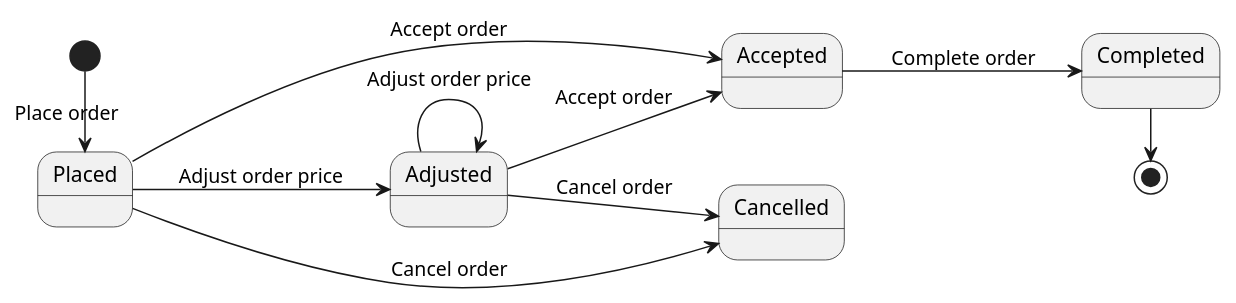
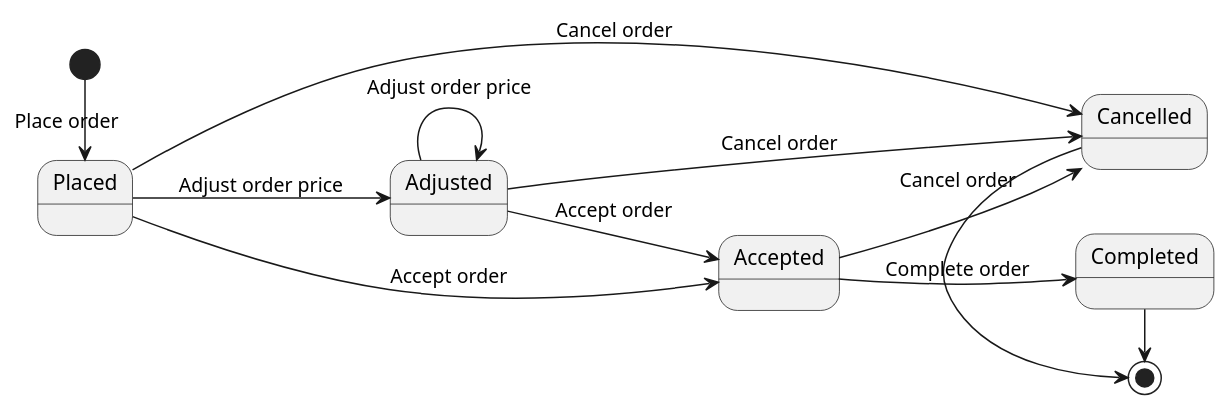
One commit to tonminhce/postgresql-event-sourcing changed the diagram in img/plantuml/domain-2.puml. Above: the diagram before and after it, drawn with PlantUML. The commit also changed 10 other files, not shown here.

Commit message:
docs(diagrams): update PlantUML sources, SVGs, ERD, and add Idempotency flowchart

```diff
--- a/img/plantuml/domain-2.puml
+++ b/img/plantuml/domain-2.puml
@@ -1,18 +1,20 @@
 @startuml
 
 left to right direction
 
 scale max 1024 width
 scale max 800 height
 
 [*] -> Placed : Place order
 Placed --> Adjusted : Adjust order price
 Placed --> Accepted : Accept order
 Placed --> Cancelled : Cancel order
 Adjusted --> Adjusted : Adjust order price
 Adjusted --> Accepted : Accept order
 Adjusted --> Cancelled : Cancel order
 Accepted --> Completed : Complete order
+Accepted --> Cancelled : Cancel order
 Completed -> [*]
+Cancelled -> [*]
 
 @enduml
```
